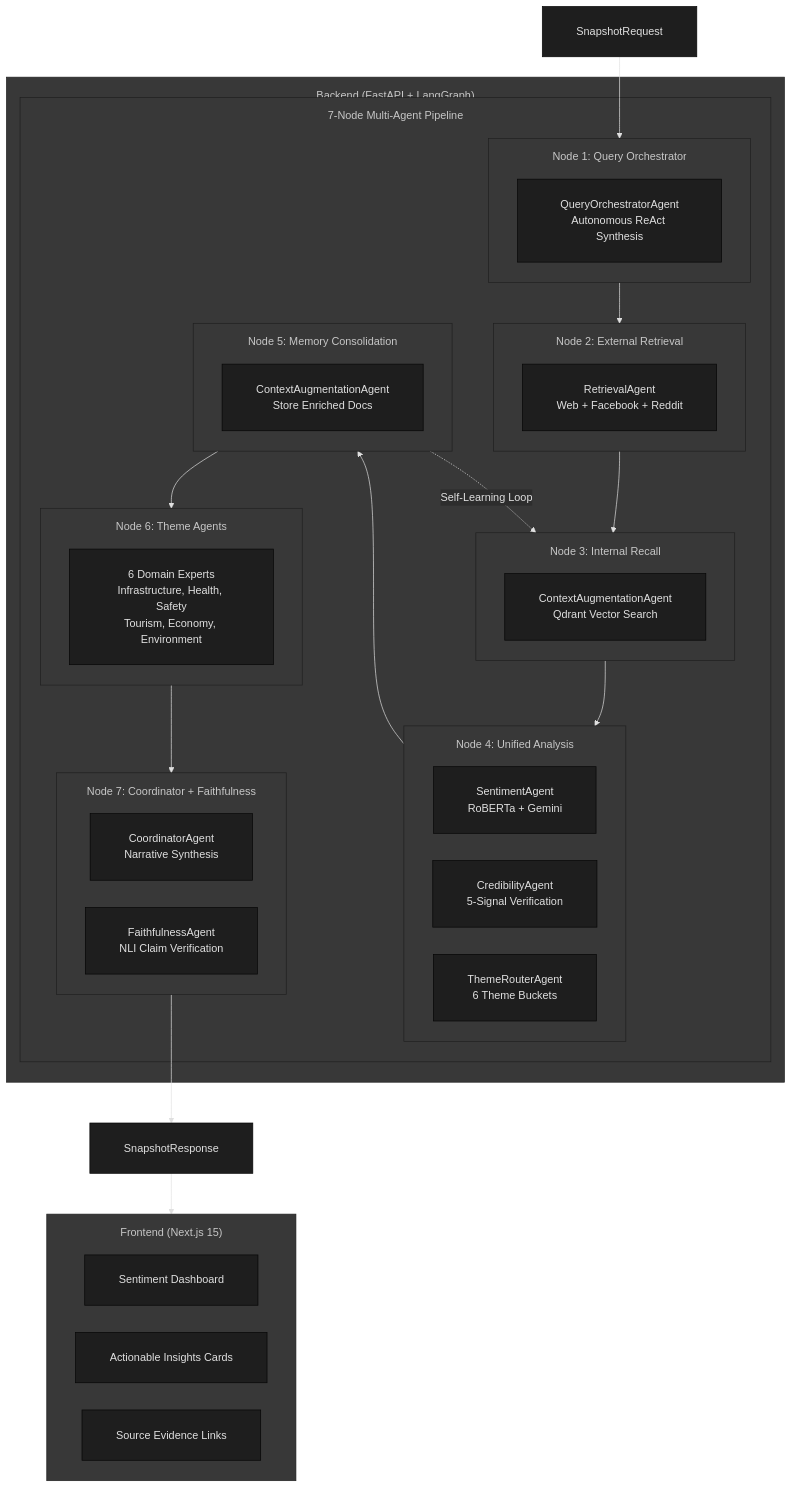
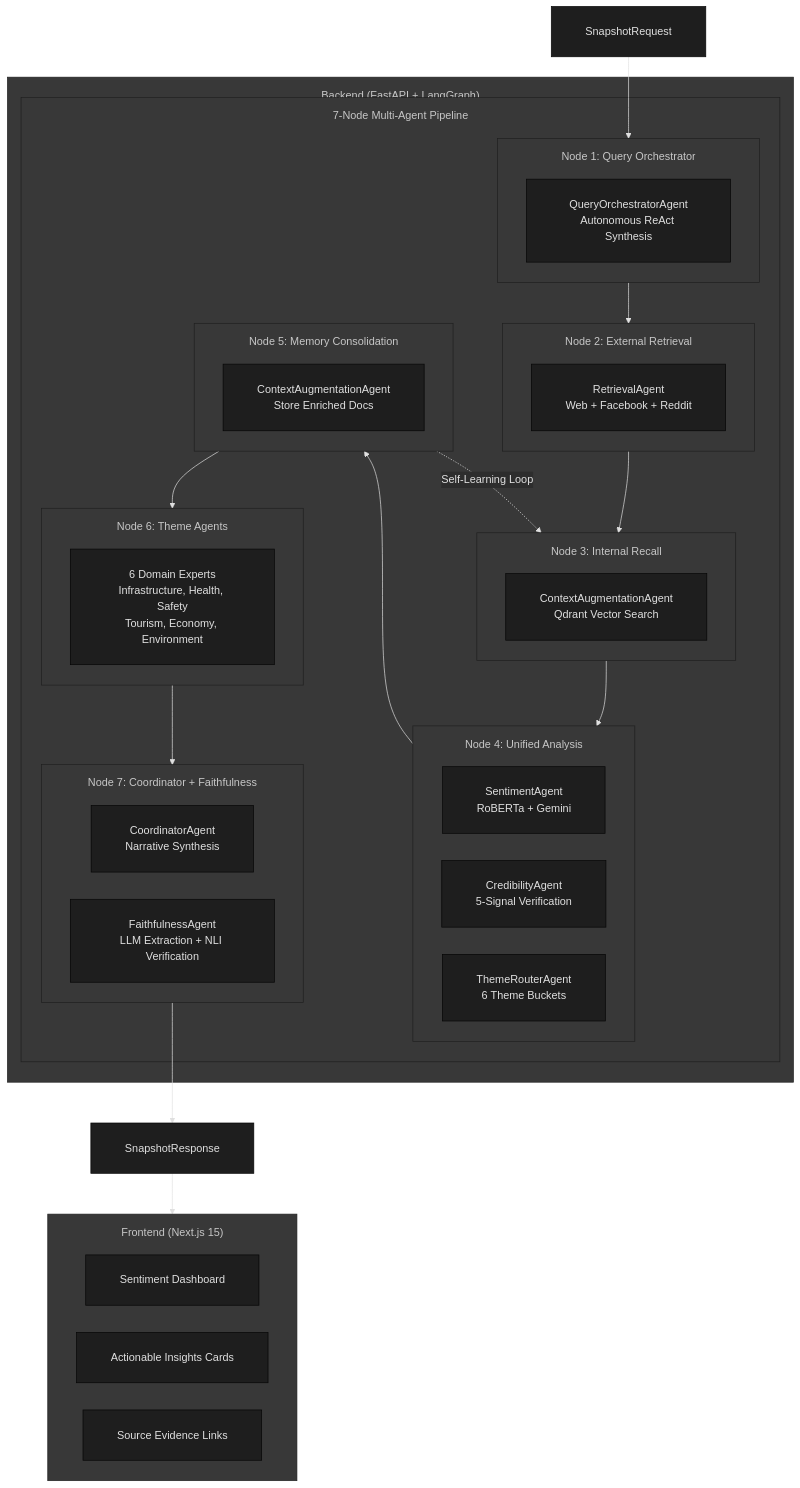
Before and after one commit to donyelqt/Hinaing: the first of 10 diagrams in docs/ARCHITECTURE.md, drawn with Mermaid. The commit also changed other lines of this file, not shown here.

Commit message:
docs: clarify LLM-based claim extraction in FaithfulnessAgent

````diff
--- a/docs/ARCHITECTURE.md
+++ b/docs/ARCHITECTURE.md
@@ -202,71 +202,71 @@
 ```mermaid
 %%{init: {'theme': 'base', 'themeVariables': { 
   'primaryColor': '#1e1e1e',
   'primaryTextColor': '#e0e0e0',
   'secondaryColor': '#2d2d2d',
   'tertiaryColor': '#383838',
   'primaryFontSize': '18px',
   'secondaryFontSize': '14px',
   'tertiaryFontSize': '12px',
   'lineColor': '#e0e0e0'
  }, 'flowchart': {
   'subGraphTitleMargin': { 'top': 15, 'bottom': 15 },
   'padding': 25,
   'nodeSpacing': 40,
   'rankSpacing': 60
  }}}%%
 flowchart TB
     subgraph Frontend["Frontend (Next.js 15)"]
         UI[Sentiment Dashboard]
         Insights[Actionable Insights Cards]
         Sources[Source Evidence Links]
     end
 
     subgraph Backend["Backend (FastAPI + LangGraph)"]
         subgraph Workflow["7-Node Multi-Agent Pipeline"]
 
             subgraph Node1["Node 1: Query Orchestrator"]
                 QO[QueryOrchestratorAgent<br/>Autonomous ReAct Synthesis]
             end
 
             subgraph Node2["Node 2: External Retrieval"]
                 RA[RetrievalAgent<br/>Web + Facebook + Reddit]
             end
 
             subgraph Node3["Node 3: Internal Recall"]
                 CTX[ContextAugmentationAgent<br/>Qdrant Vector Search]
             end
 
             subgraph Node4["Node 4: Unified Analysis"]
                 SA[SentimentAgent<br/>RoBERTa + Gemini]
                 CA[CredibilityAgent<br/>5-Signal Verification]
                 TR[ThemeRouterAgent<br/>6 Theme Buckets]
             end
 
             subgraph Node5["Node 5: Memory Consolidation"]
                 CTX2[ContextAugmentationAgent<br/>Store Enriched Docs]
             end
 
             subgraph Node6["Node 6: Theme Agents"]
                 TA[6 Domain Experts<br/>Infrastructure, Health, Safety<br/>Tourism, Economy, Environment]
             end
 
             subgraph Node7["Node 7: Coordinator + Faithfulness"]
                 COORD[CoordinatorAgent<br/>Narrative Synthesis]
-                FAITH[FaithfulnessAgent<br/>NLI Claim Verification]
+                FAITH[FaithfulnessAgent<br/>LLM Extraction + NLI Verification]
             end
 
             Node1 --> Node2
             Node2 --> Node3
             Node3 --> Node4
             Node4 --> Node5
             Node5 --> Node6
             Node6 --> Node7
             Node5 -.->|Self-Learning Loop| Node3
         end
     end
 
     Request[SnapshotRequest] --> Node1
     Node7 --> Response[SnapshotResponse]
     Response --> Frontend
 ```
````
